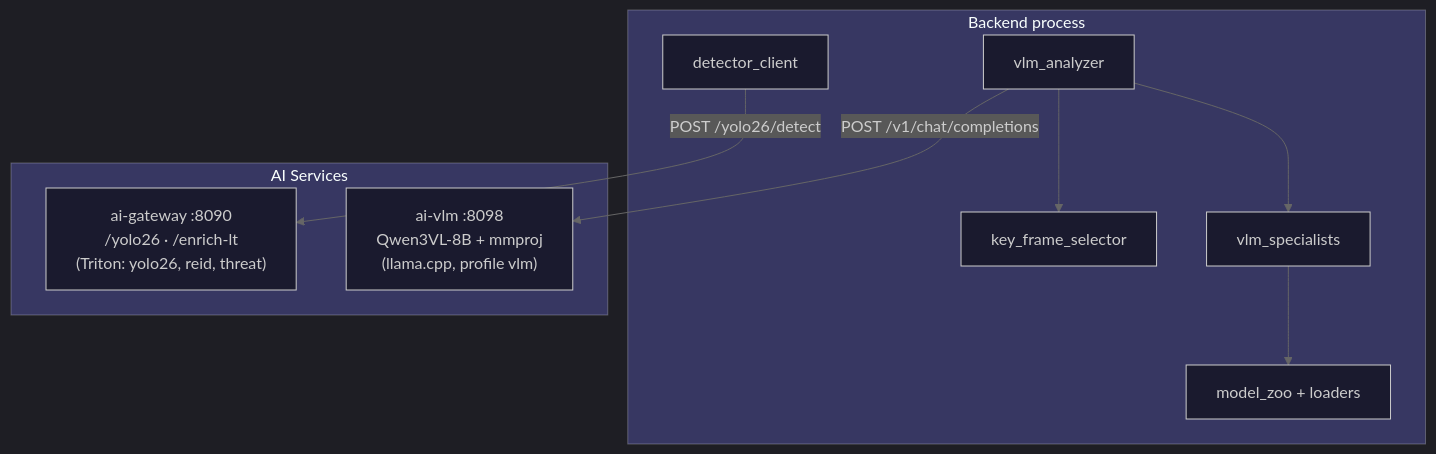
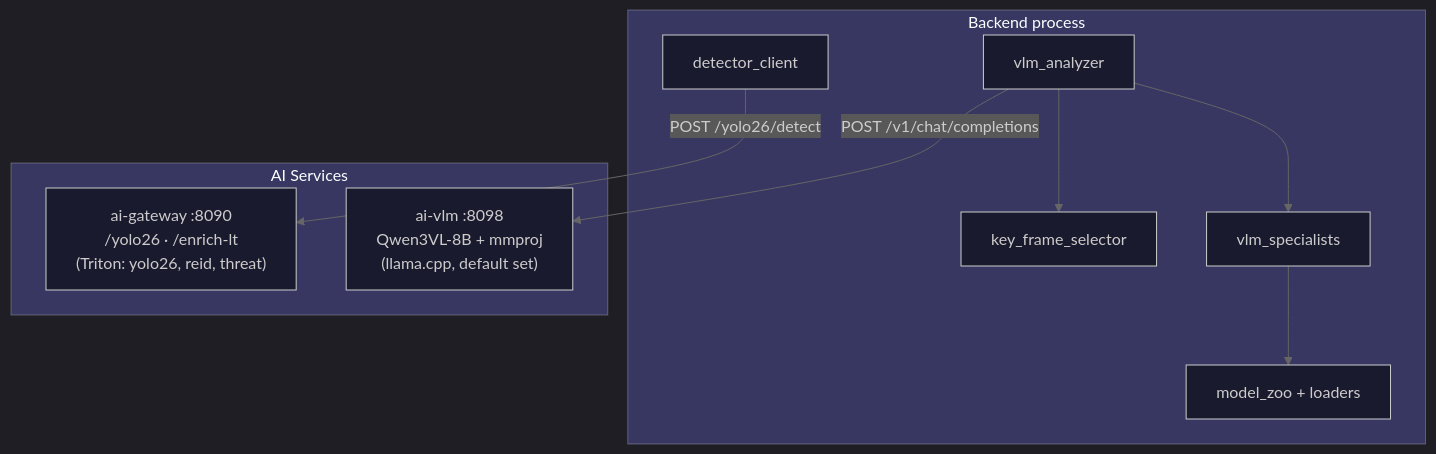
One commit to mikesvoboda/nemotron-v3-home-security-intelligence changed the diagram in docs/architecture/ai-orchestration/README.md. Above: the diagram before and after it, drawn with Mermaid. The commit also changed other lines of this file and 56 other files, not shown here.

````diff
--- a/docs/architecture/ai-orchestration/README.md
+++ b/docs/architecture/ai-orchestration/README.md
@@ -55,34 +56,34 @@
 ```mermaid
 %%{init: {
   'theme': 'dark',
   'themeVariables': {
     'primaryColor': '#3B82F6',
     'primaryTextColor': '#FFFFFF',
     'primaryBorderColor': '#60A5FA',
     'secondaryColor': '#A855F7',
     'tertiaryColor': '#009688',
     'background': '#121212',
     'mainBkg': '#1a1a2e',
     'lineColor': '#666666'
   }
 }}%%
 flowchart TB
     subgraph Backend["Backend process"]
         DC[detector_client]
         VA[vlm_analyzer]
         KS[key_frame_selector]
         SP[vlm_specialists]
         MM[model_zoo + loaders]
     end
 
     subgraph AI["AI Services"]
         GW["ai-gateway :8090<br/>/yolo26 · /enrich-lt<br/>(Triton: yolo26, reid, threat)"]
-        VLM["ai-vlm :8098<br/>Qwen3VL-8B + mmproj<br/>(llama.cpp, profile vlm)"]
+        VLM["ai-vlm :8098<br/>Qwen3VL-8B + mmproj<br/>(llama.cpp, default set)"]
     end
 
     DC -->|POST /yolo26/detect| GW
     VA --> KS
     VA --> SP
     SP --> MM
     VA -->|POST /v1/chat/completions| VLM
 ```
````
